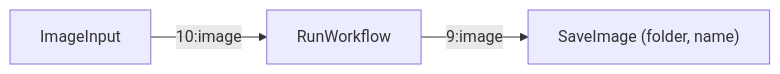
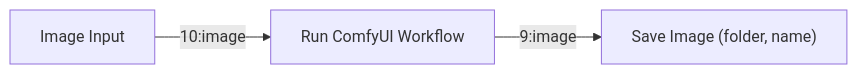
The third of 4 diagrams in docs/comfyui-recipes.md (nodetool-ai/nodetool), drawn with Mermaid before and after one commit. The commit also changed other lines of this file and 19 other files, not shown here.

```diff
--- a/docs/comfyui-recipes.md
+++ b/docs/comfyui-recipes.md
@@ -106,8 +103,8 @@
 {% mermaid %}
 graph LR
-  input["ImageInput"]
-  comfy["RunWorkflow"]
-  save["SaveImage (folder, name)"]
+  input["Image Input"]
+  comfy["Run ComfyUI Workflow"]
+  save["Save Image (folder, name)"]
   input -->|"10:image"| comfy
   comfy -->|"9:image"| save
 {% endmermaid %}
```
